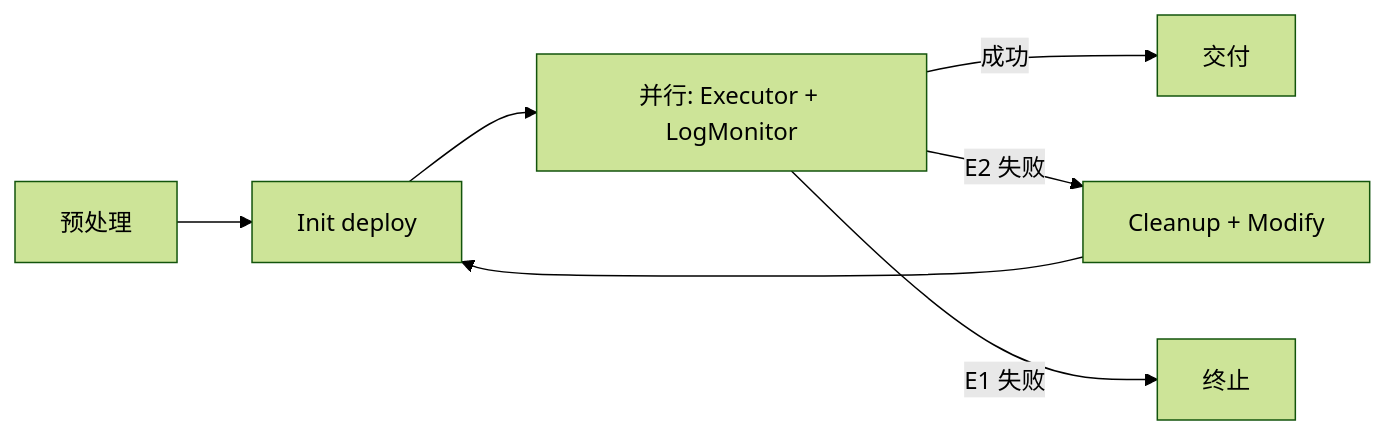
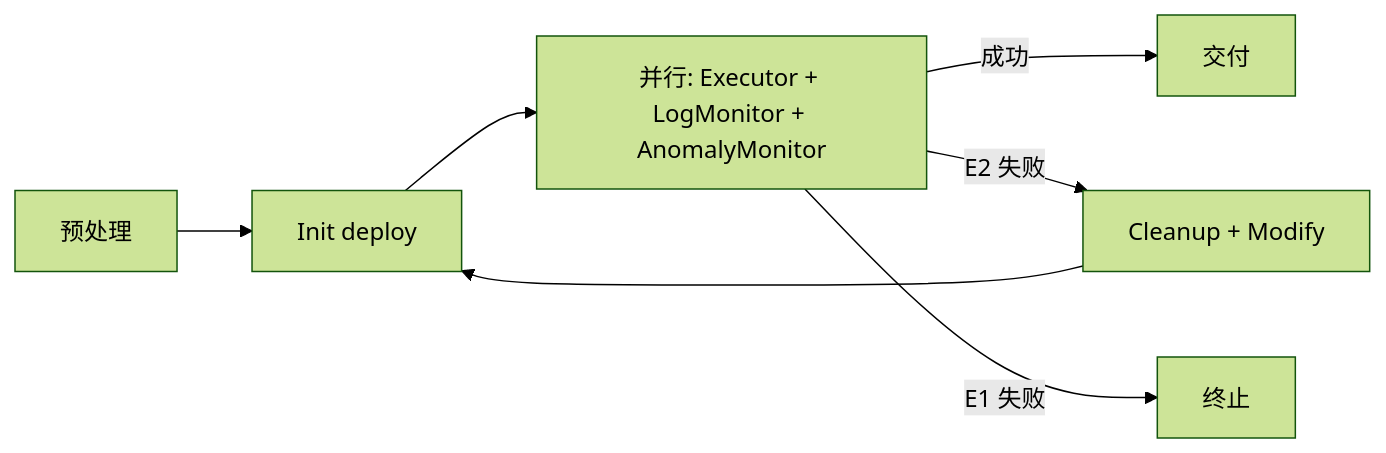
One commit to WartDipara/ai-test-workflow changed the diagram in README.md. Above: the diagram before and after it, drawn with Mermaid (forest theme). The commit also changed other lines of this file and 114 other files, not shown here.

````diff
--- a/README.md
+++ b/README.md
@@ -70,9 +70,9 @@
 ```mermaid
 graph LR
   A[预处理] --> B[Init deploy]
-  B --> C[并行: Executor + LogMonitor]
+  B --> C[并行: Executor + LogMonitor + AnomalyMonitor]
   C -->|成功| D[交付]
   C -->|E2 失败| E[Cleanup + Modify]
   E --> B
   C -->|E1 失败| F[终止]
 ```
````
